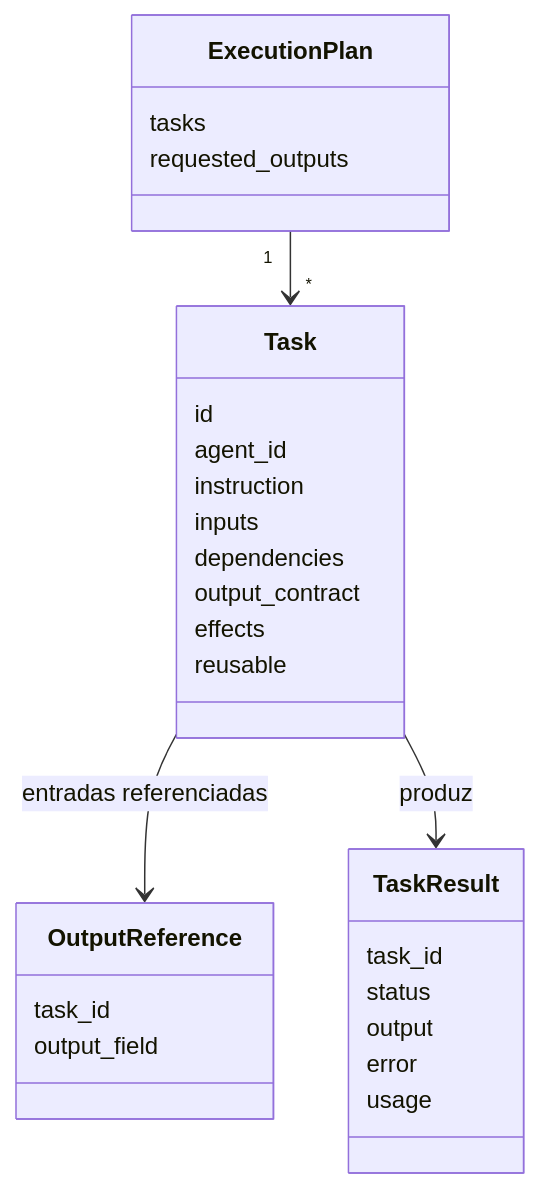
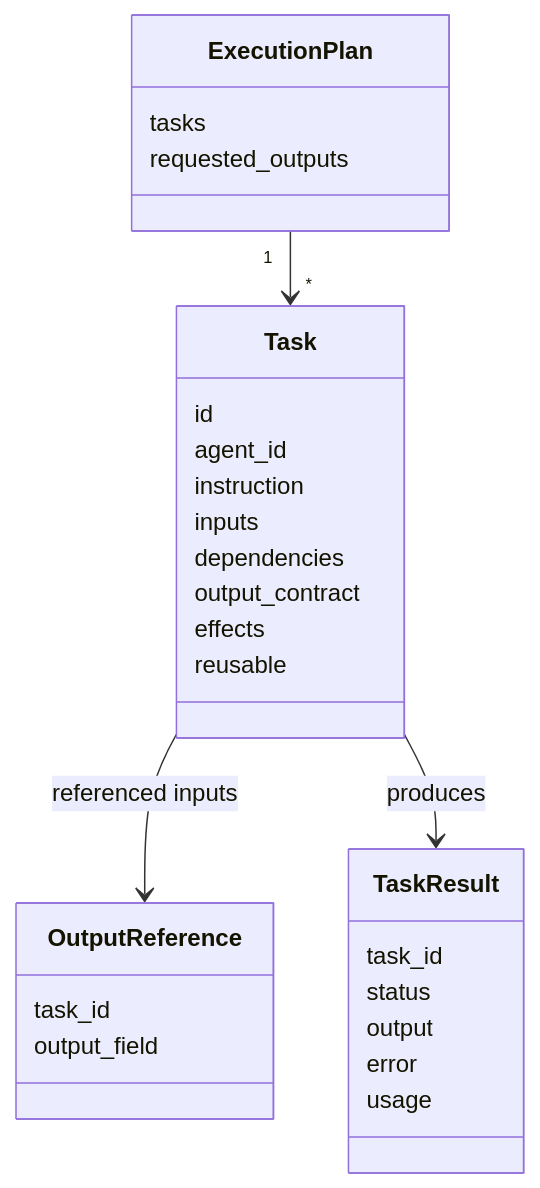
The fourth of 10 diagrams in README.md (joaomadruga/AgentCompiler), drawn with Mermaid before and after one commit. The commit also changed other lines of this file and 4 other files, not shown here.

````diff
--- a/README.md
+++ b/README.md
@@ -74,31 +74,31 @@
 ```mermaid
 classDiagram
     class ExecutionPlan {
         tasks
         requested_outputs
     }
     class Task {
         id
         agent_id
         instruction
         inputs
         dependencies
         output_contract
         effects
         reusable
     }
     class OutputReference {
         task_id
         output_field
     }
     class TaskResult {
         task_id
         status
         output
         error
         usage
     }
     ExecutionPlan "1" --> "*" Task
-    Task --> OutputReference : entradas referenciadas
-    Task --> TaskResult : produz
+    Task --> OutputReference : referenced inputs
+    Task --> TaskResult : produces
 ```
````
